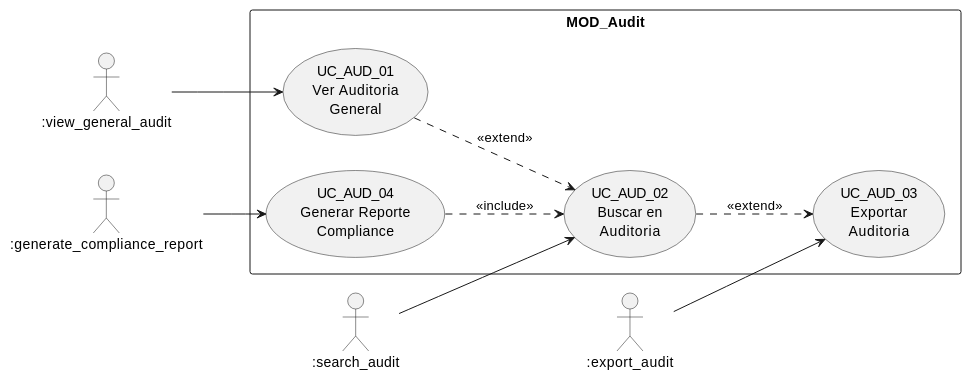
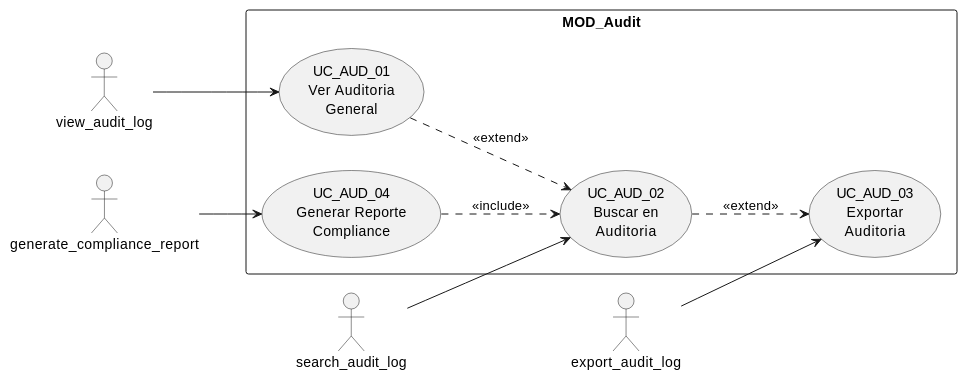
One commit to jcg-admin/IACT-docs changed the eighth of 13 diagrams in source/arquitectura-tecnica/diagramas-uc-por-modulo.rst. Above: the diagram before and after it, drawn with PlantUML. The commit also changed other lines of this file and 157 other files, not shown here.

First line of the commit message:
Enforce catalog function names across all diagrams

```diff
--- a/source/arquitectura-tecnica/diagramas-uc-por-modulo.rst
+++ b/source/arquitectura-tecnica/diagramas-uc-por-modulo.rst
@@ -362,28 +356,28 @@
 .. uml::
  :caption: Figura 23 — MOD_Audit: casos de uso
 
  @startuml
  left to right direction
 
- actor ":view_general_audit" as VGA
- actor ":search_audit" as SA
- actor ":export_audit" as EA
- actor ":generate_compliance_report" as GCR
+ actor "view_audit_log" as VGA
+ actor "search_audit_log" as SA
+ actor "export_audit_log" as EA
+ actor "generate_compliance_report" as GCR
 
  rectangle "MOD_Audit" {
    usecase "UC_AUD_01\nVer Auditoria\nGeneral" as A01
    usecase "UC_AUD_02\nBuscar en\nAuditoria" as A02
    usecase "UC_AUD_03\nExportar\nAuditoria" as A03
    usecase "UC_AUD_04\nGenerar Reporte\nCompliance" as A04
  }
 
  VGA --> A01
  SA --> A02
  EA --> A03
  GCR --> A04
 
  A01 ..> A02 : <<extend>>
  A02 ..> A03 : <<extend>>
  A04 ..> A02 : <<include>>
 
  @enduml
```
